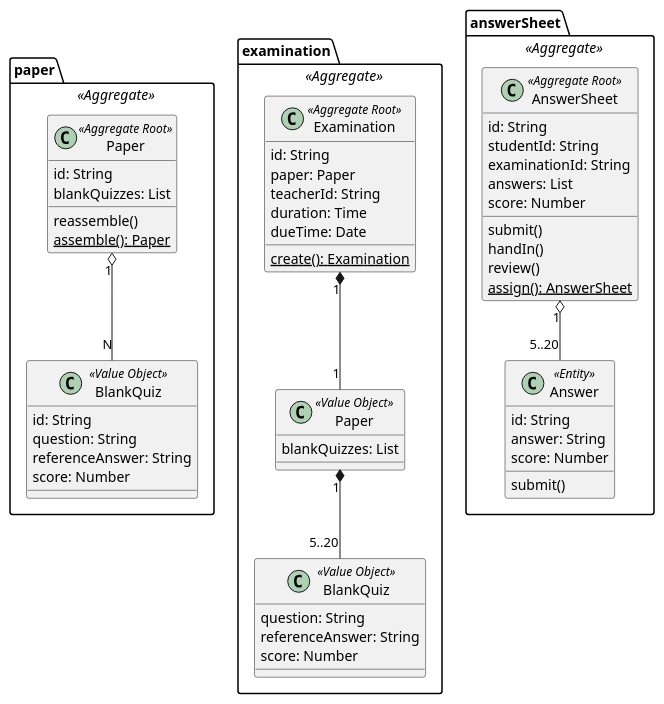
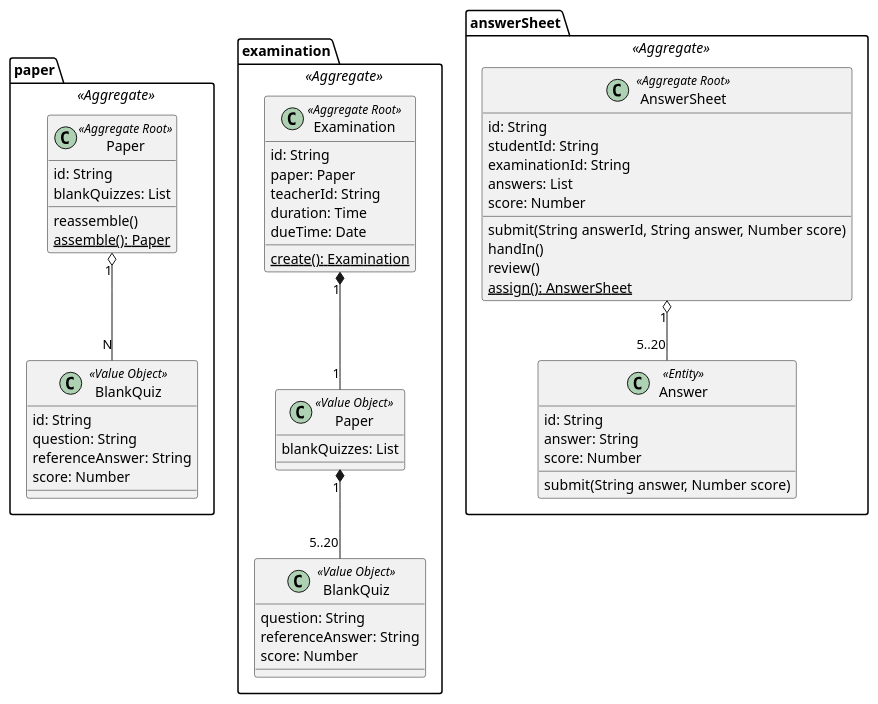
One commit to boopited/exam-plantform changed the diagram in design/exam.puml. Above: the diagram before and after it, drawn with PlantUML. The commit also changed 3 other files, not shown here.

```diff
--- a/design/exam.puml
+++ b/design/exam.puml
@@ -1,71 +1,71 @@
 @startuml
 
 package paper <<Aggregate>>  {
 
     class Paper <<Aggregate Root>> {
         id: String
         blankQuizzes: List
         reassemble()
         {static} assemble(): Paper
     }
 
     class BlankQuiz <<Value Object>> {
         id: String
         question: String
         referenceAnswer: String
         score: Number
     }
 
     Paper "1" o-- "N" BlankQuiz
 }
 
 package examination <<Aggregate>>  {
 
     class Examination <<Aggregate Root>> {
         id: String
         paper: Paper
         teacherId: String
         duration: Time
         dueTime: Date
         {static} create(): Examination
     }
 
     class "Paper" as p <<Value Object>> {
         blankQuizzes: List
     }
 
     class "BlankQuiz" as b <<Value Object>> {
         question: String
         referenceAnswer: String
         score: Number
     }
 
     Examination "1" *-- "1" p
     p "1" *-- "5..20" b
 }
 
 package answerSheet <<Aggregate>>  {
 
     class AnswerSheet <<Aggregate Root>> {
         id: String
         studentId: String
         examinationId: String
         answers: List
         score: Number
-        submit()
+        submit(String answerId, String answer, Number score)
         handIn()
         review()
         {static} assign(): AnswerSheet
     }
 
     class Answer <<Entity>> {
         id: String
         answer: String
         score: Number
-        submit()
+        submit(String answer, Number score)
     }
 
     AnswerSheet "1" o-- "5..20" Answer
 }
 
 @enduml
```
